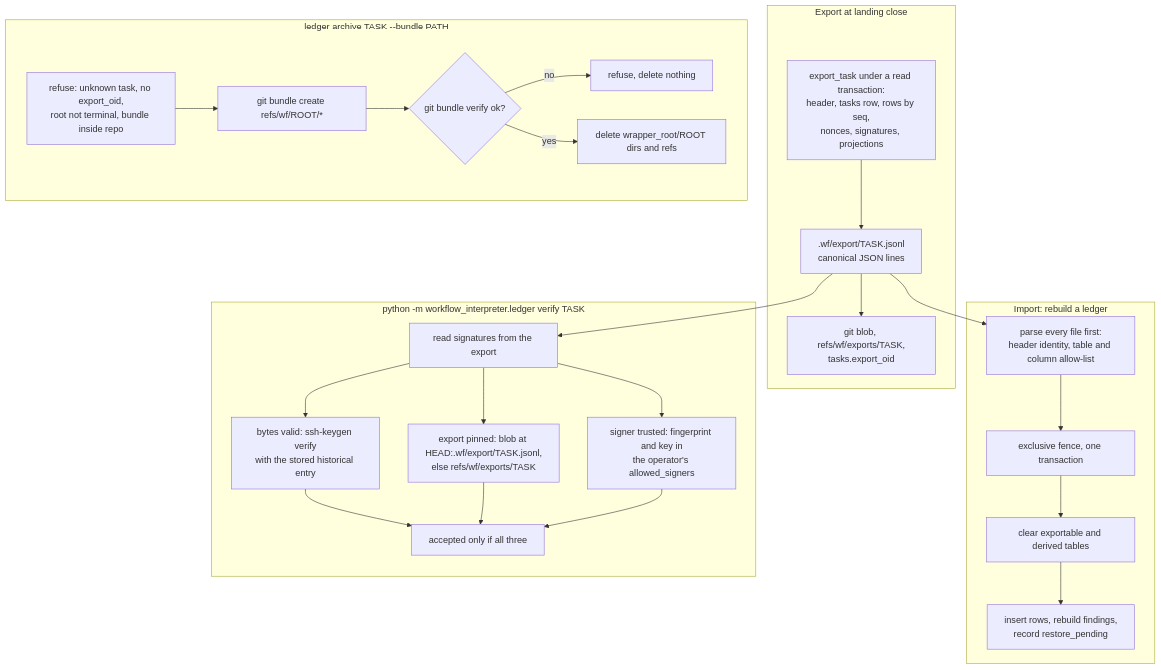
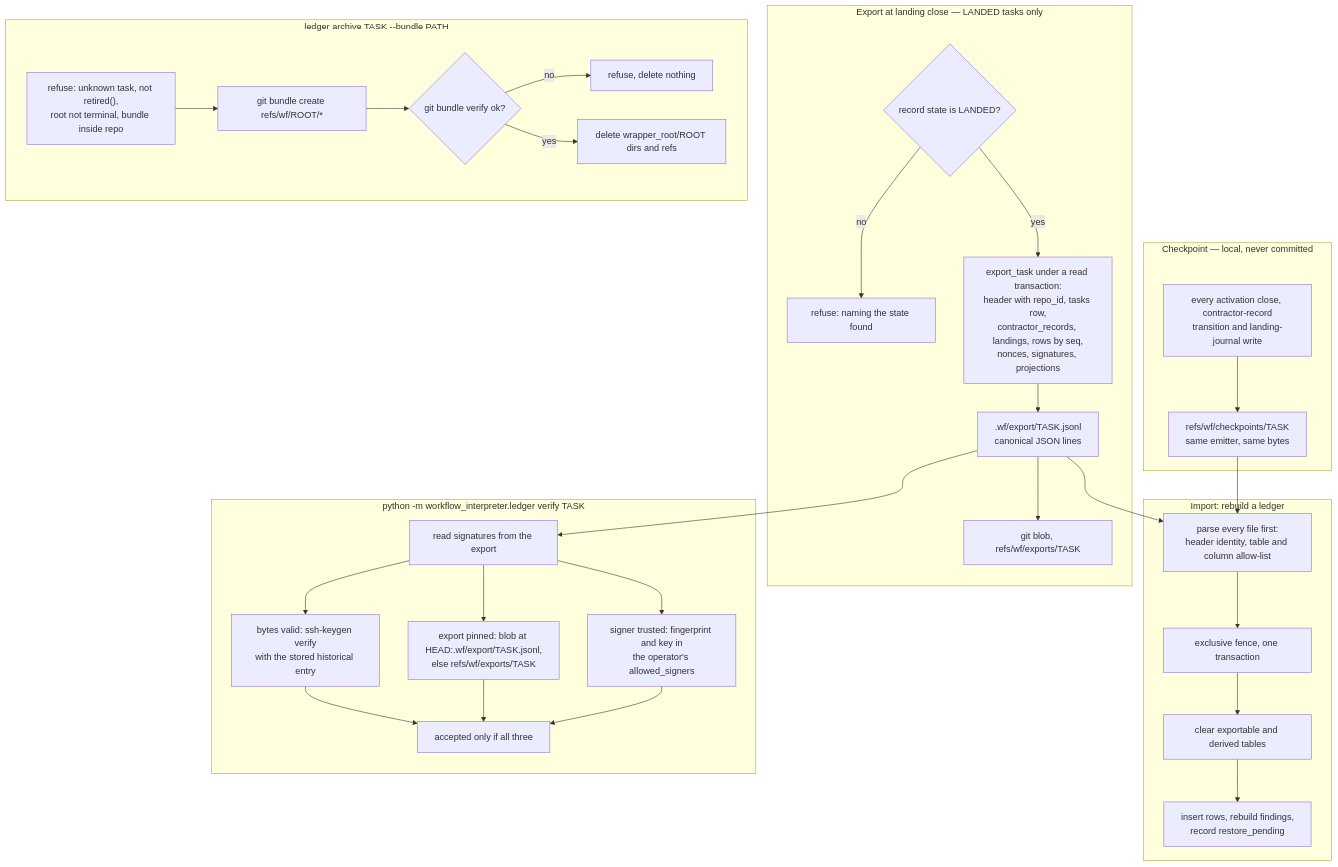
One commit to MVPavan/coding-ritual changed diagram 42 of 45 in docs/workflow-interpreter-guide/diagrams.md. Above: the diagram before and after it, drawn with Mermaid. The commit also changed other lines of this file and 7 other files, not shown here.

````diff
--- a/docs/workflow-interpreter-guide/diagrams.md
+++ b/docs/workflow-interpreter-guide/diagrams.md
@@ -1709,28 +1762,34 @@
 ```mermaid
 flowchart TD
-  subgraph EXP["Export at landing close"]
-    E1["export_task under a read transaction:<br/>header, tasks row, rows by seq,<br/>nonces, signatures, projections"] --> E2[".wf/export/TASK.jsonl<br/>canonical JSON lines"]
-    E2 --> E3["git blob, refs/wf/exports/TASK,<br/>tasks.export_oid"]
+  subgraph EXP["Export at landing close — LANDED tasks only"]
+    E0{"record state is LANDED?"} -->|"no"| E9["refuse: naming the state found"]
+    E0 -->|"yes"| E1["export_task under a read transaction:<br/>header with repo_id, tasks row,<br/>contractor_records, landings, rows by seq,<br/>nonces, signatures, projections"]
+    E1 --> E2[".wf/export/TASK.jsonl<br/>canonical JSON lines"]
+    E2 --> E3["git blob, refs/wf/exports/TASK"]
+  end
+  subgraph CK["Checkpoint — local, never committed"]
+    K1["every activation close, contractor-record<br/>transition and landing-journal write"] --> K2["refs/wf/checkpoints/TASK<br/>same emitter, same bytes"]
   end
   subgraph IMP["Import: rebuild a ledger"]
     I1["parse every file first:<br/>header identity, table and column allow-list"] --> I2["exclusive fence, one transaction"]
     I2 --> I3["clear exportable and derived tables"]
     I3 --> I4["insert rows, rebuild findings,<br/>record restore_pending"]
   end
   subgraph VER["python -m workflow_interpreter.ledger verify TASK"]
     V1["read signatures from the export"] --> V2["bytes valid: ssh-keygen verify<br/>with the stored historical entry"]
     V1 --> V3["export pinned: blob at HEAD:.wf/export/TASK.jsonl,<br/>else refs/wf/exports/TASK"]
     V1 --> V4["signer trusted: fingerprint and key in<br/>the operator's allowed_signers"]
     V2 --> V5["accepted only if all three"]
     V3 --> V5
     V4 --> V5
   end
   subgraph ARC["ledger archive TASK --bundle PATH"]
-    A1["refuse: unknown task, no export_oid,<br/>root not terminal, bundle inside repo"] --> A2["git bundle create refs/wf/ROOT/*"]
+    A1["refuse: unknown task, not retired(),<br/>root not terminal, bundle inside repo"] --> A2["git bundle create refs/wf/ROOT/*"]
     A2 --> A3{"git bundle verify ok?"}
     A3 -->|"no"| A4["refuse, delete nothing"]
     A3 -->|"yes"| A5["delete wrapper_root/ROOT dirs and refs"]
   end
   E2 --> I1
+  K2 --> I1
   E2 --> V1
 ```
````
